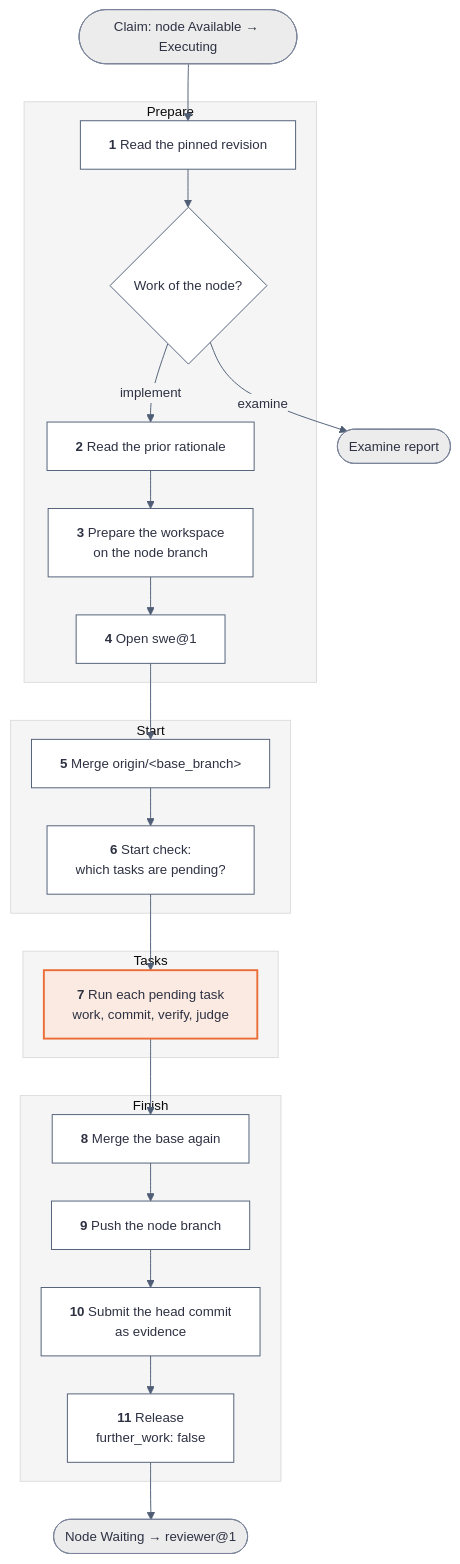
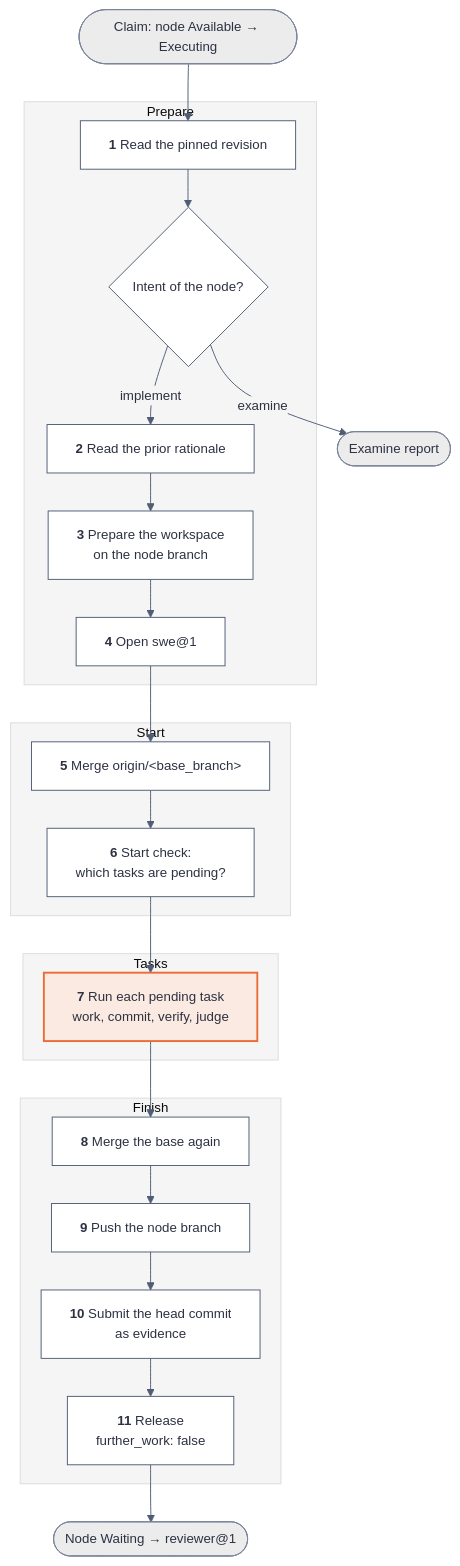
One commit to kanthorlabs/kanthord changed the first of 4 diagrams in docs/explanation/coder-worker.md. Above: the diagram before and after it, drawn with Mermaid. The commit also changed other lines of this file and 41 other files, not shown here.

First line of the commit message:
docs: rename node work to intent and requires and traits to tags

````diff
--- a/docs/explanation/coder-worker.md
+++ b/docs/explanation/coder-worker.md
@@ -52,35 +52,35 @@
 ```mermaid
 %%{init: {"theme": "base", "themeVariables": {"background": "#f5f5f5", "primaryColor": "#ffffff", "primaryTextColor": "#2d3142", "primaryBorderColor": "#4f5d75", "secondaryColor": "#ececec", "tertiaryColor": "#f5f5f5", "lineColor": "#4f5d75", "edgeLabelBackground": "#f5f5f5", "fontFamily": "system-ui, sans-serif", "fontSize": "14px"}, "flowchart": {"htmlLabels": true, "useMaxWidth": false, "nodeSpacing": 24, "rankSpacing": 40}}}%%
 flowchart TB
     accTitle: The coder@1 execution in 11 steps
     accDescr: Four phases. Prepare reads the revision and the prior rationale, prepares the workspace and opens swe@1. Start merges the base branch and checks every task. Tasks runs each pending task. Finish merges the base branch again, pushes, submits the head commit and releases the node to Waiting.
     claim(["Claim: node Available → Executing"]) --> s1
     subgraph prepare ["Prepare"]
-        s1["<b>1</b> Read the pinned revision"] --> kind{"Work of the node?"}
+        s1["<b>1</b> Read the pinned revision"] --> kind{"Intent of the node?"}
         kind -- implement --> s2["<b>2</b> Read the prior rationale"]
         s2 --> s3["<b>3</b> Prepare the workspace<br/>on the node branch"]
         s3 --> s4["<b>4</b> Open swe@1"]
     end
     kind -- examine --> report(["Examine report"])
     subgraph start ["Start"]
         s5["<b>5</b> Merge origin/&lt;base_branch&gt;"]
         s5 --> s6["<b>6</b> Start check:<br/>which tasks are pending?"]
     end
     s4 --> s5
     subgraph tasks ["Tasks"]
         s7["<b>7</b> Run each pending task<br/>work, commit, verify, judge"]
     end
     s6 --> s7
     subgraph finish ["Finish"]
         s8["<b>8</b> Merge the base again"]
         s8 --> s9["<b>9</b> Push the node branch"]
         s9 --> s10["<b>10</b> Submit the head commit<br/>as evidence"]
         s10 --> s11["<b>11</b> Release<br/>further_work: false"]
     end
     s7 --> s8
     s11 --> waiting(["Node Waiting → reviewer@1"])
     classDef focal fill:#fbeae1,stroke:#eb6c36,color:#2d3142,stroke-width:2px;
     classDef outcome fill:#ececec,stroke:#7a8399,color:#2d3142;
     class s7 focal;
     class claim,report,waiting outcome;
 ```
````
